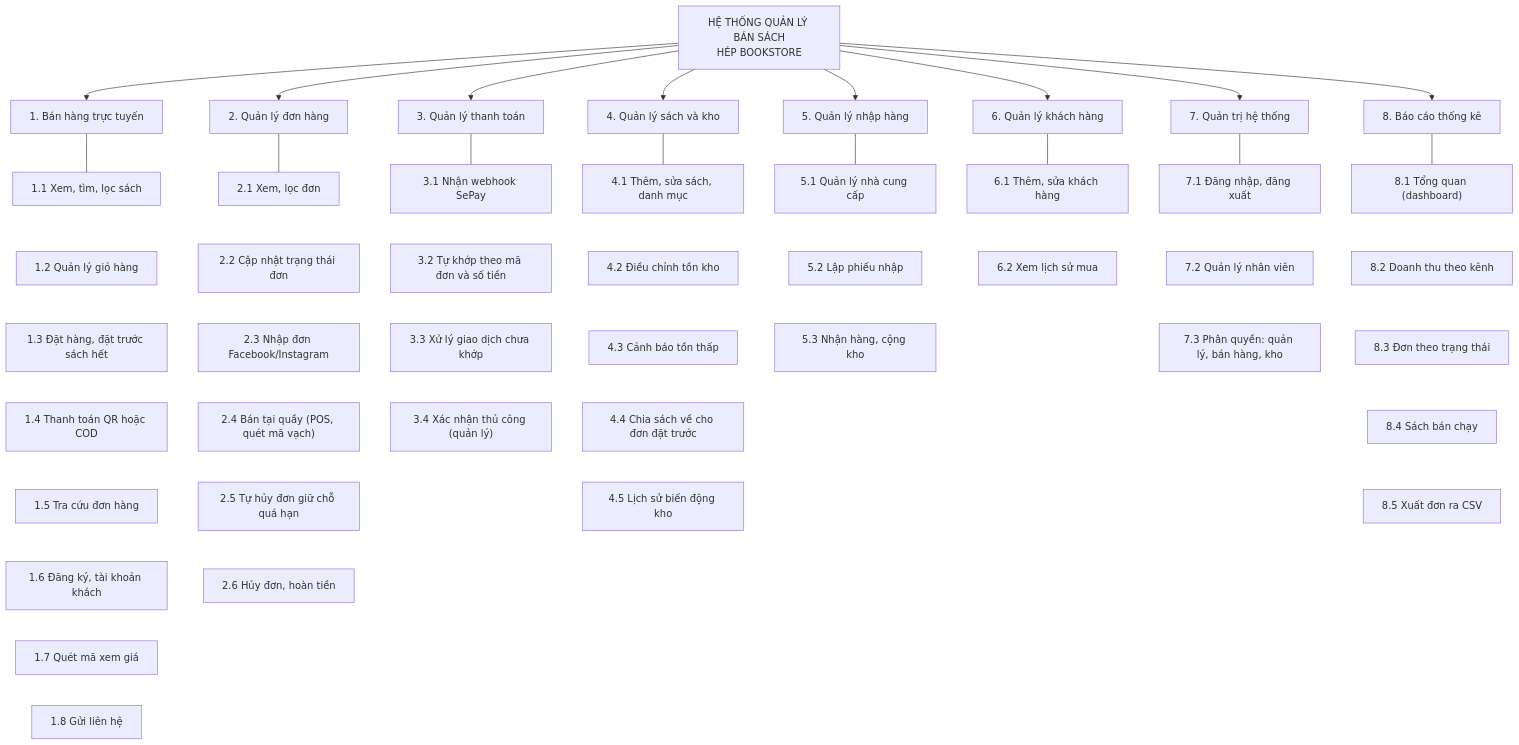
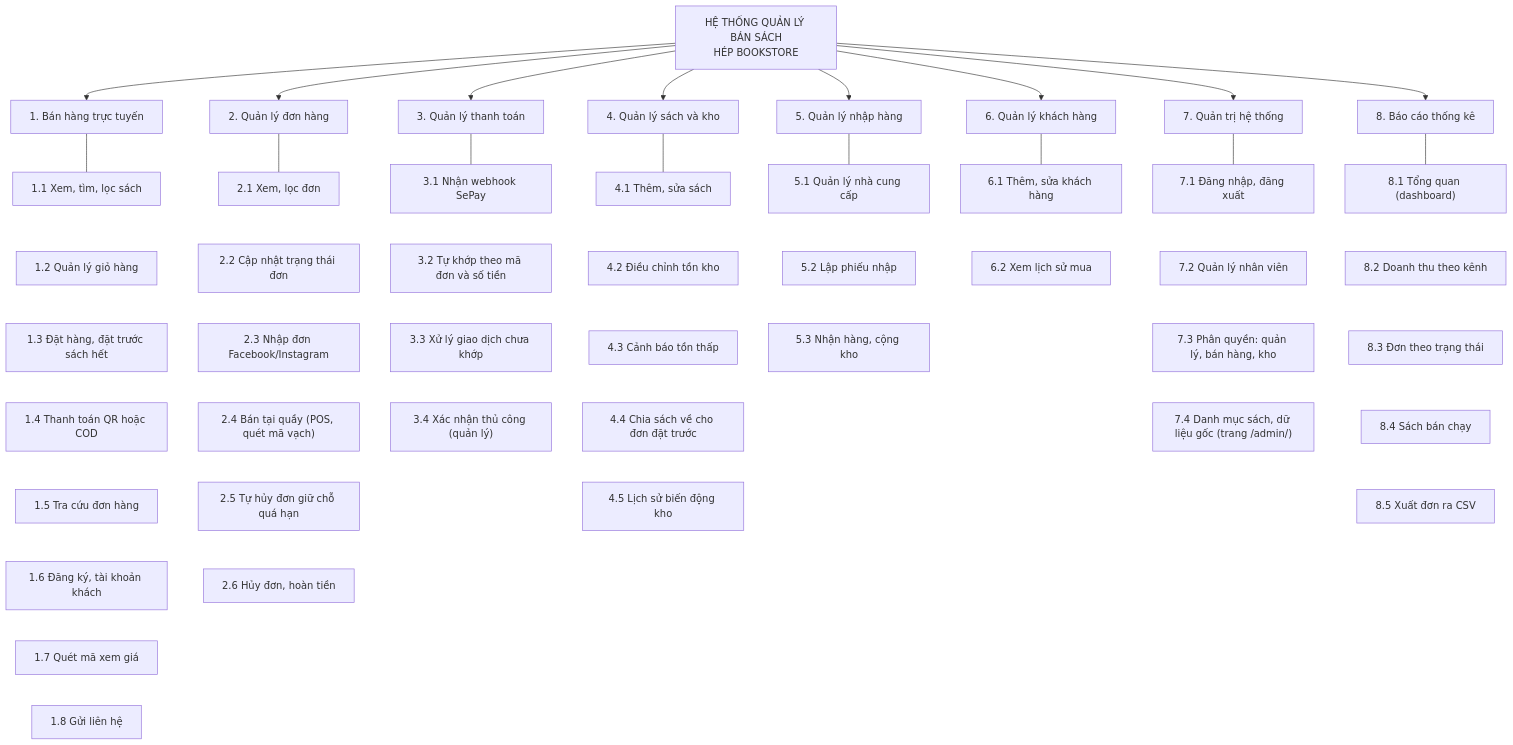
Before and after one commit to tonga-ai-star/HEPSTORE_JAPAN_FULL: the diagram in docs/diagrams/BFD.mmd, drawn with Mermaid. The commit also changed 12 other files, not shown here.

Commit message:
docs: bổ sung luồng còn thiếu ở DFD, danh mục sách thuộc trang /admin/

```diff
--- a/docs/diagrams/BFD.mmd
+++ b/docs/diagrams/BFD.mmd
@@ -1,90 +1,92 @@
 flowchart TD
   R["HỆ THỐNG QUẢN LÝ BÁN SÁCH<br/>HÉP BOOKSTORE"]
   F1["1. Bán hàng trực tuyến"]
   R --> F1
   F1_1["1.1 Xem, tìm, lọc sách"]
   F1 --- F1_1
   F1_2["1.2 Quản lý giỏ hàng"]
   F1_1 ~~~ F1_2
   F1_3["1.3 Đặt hàng, đặt trước sách hết"]
   F1_2 ~~~ F1_3
   F1_4["1.4 Thanh toán QR hoặc COD"]
   F1_3 ~~~ F1_4
   F1_5["1.5 Tra cứu đơn hàng"]
   F1_4 ~~~ F1_5
   F1_6["1.6 Đăng ký, tài khoản khách"]
   F1_5 ~~~ F1_6
   F1_7["1.7 Quét mã xem giá"]
   F1_6 ~~~ F1_7
   F1_8["1.8 Gửi liên hệ"]
   F1_7 ~~~ F1_8
   F2["2. Quản lý đơn hàng"]
   R --> F2
   F2_1["2.1 Xem, lọc đơn"]
   F2 --- F2_1
   F2_2["2.2 Cập nhật trạng thái đơn"]
   F2_1 ~~~ F2_2
   F2_3["2.3 Nhập đơn Facebook/Instagram"]
   F2_2 ~~~ F2_3
   F2_4["2.4 Bán tại quầy (POS, quét mã vạch)"]
   F2_3 ~~~ F2_4
   F2_5["2.5 Tự hủy đơn giữ chỗ quá hạn"]
   F2_4 ~~~ F2_5
   F2_6["2.6 Hủy đơn, hoàn tiền"]
   F2_5 ~~~ F2_6
   F3["3. Quản lý thanh toán"]
   R --> F3
   F3_1["3.1 Nhận webhook SePay"]
   F3 --- F3_1
   F3_2["3.2 Tự khớp theo mã đơn và số tiền"]
   F3_1 ~~~ F3_2
   F3_3["3.3 Xử lý giao dịch chưa khớp"]
   F3_2 ~~~ F3_3
   F3_4["3.4 Xác nhận thủ công (quản lý)"]
   F3_3 ~~~ F3_4
   F4["4. Quản lý sách và kho"]
   R --> F4
-  F4_1["4.1 Thêm, sửa sách, danh mục"]
+  F4_1["4.1 Thêm, sửa sách"]
   F4 --- F4_1
   F4_2["4.2 Điều chỉnh tồn kho"]
   F4_1 ~~~ F4_2
   F4_3["4.3 Cảnh báo tồn thấp"]
   F4_2 ~~~ F4_3
   F4_4["4.4 Chia sách về cho đơn đặt trước"]
   F4_3 ~~~ F4_4
   F4_5["4.5 Lịch sử biến động kho"]
   F4_4 ~~~ F4_5
   F5["5. Quản lý nhập hàng"]
   R --> F5
   F5_1["5.1 Quản lý nhà cung cấp"]
   F5 --- F5_1
   F5_2["5.2 Lập phiếu nhập"]
   F5_1 ~~~ F5_2
   F5_3["5.3 Nhận hàng, cộng kho"]
   F5_2 ~~~ F5_3
   F6["6. Quản lý khách hàng"]
   R --> F6
   F6_1["6.1 Thêm, sửa khách hàng"]
   F6 --- F6_1
   F6_2["6.2 Xem lịch sử mua"]
   F6_1 ~~~ F6_2
   F7["7. Quản trị hệ thống"]
   R --> F7
   F7_1["7.1 Đăng nhập, đăng xuất"]
   F7 --- F7_1
   F7_2["7.2 Quản lý nhân viên"]
   F7_1 ~~~ F7_2
   F7_3["7.3 Phân quyền: quản lý, bán hàng, kho"]
   F7_2 ~~~ F7_3
+  F7_4["7.4 Danh mục sách, dữ liệu gốc (trang /admin/)"]
+  F7_3 ~~~ F7_4
   F8["8. Báo cáo thống kê"]
   R --> F8
   F8_1["8.1 Tổng quan (dashboard)"]
   F8 --- F8_1
   F8_2["8.2 Doanh thu theo kênh"]
   F8_1 ~~~ F8_2
   F8_3["8.3 Đơn theo trạng thái"]
   F8_2 ~~~ F8_3
   F8_4["8.4 Sách bán chạy"]
   F8_3 ~~~ F8_4
   F8_5["8.5 Xuất đơn ra CSV"]
   F8_4 ~~~ F8_5
```
